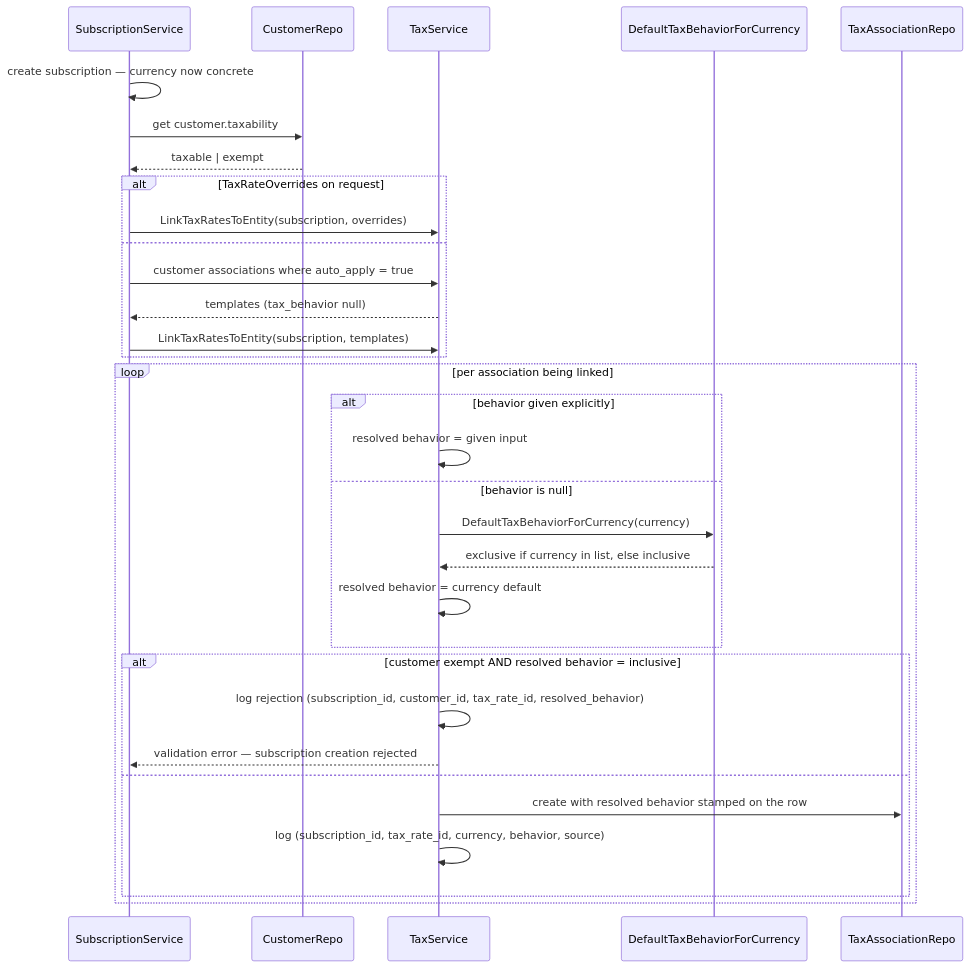
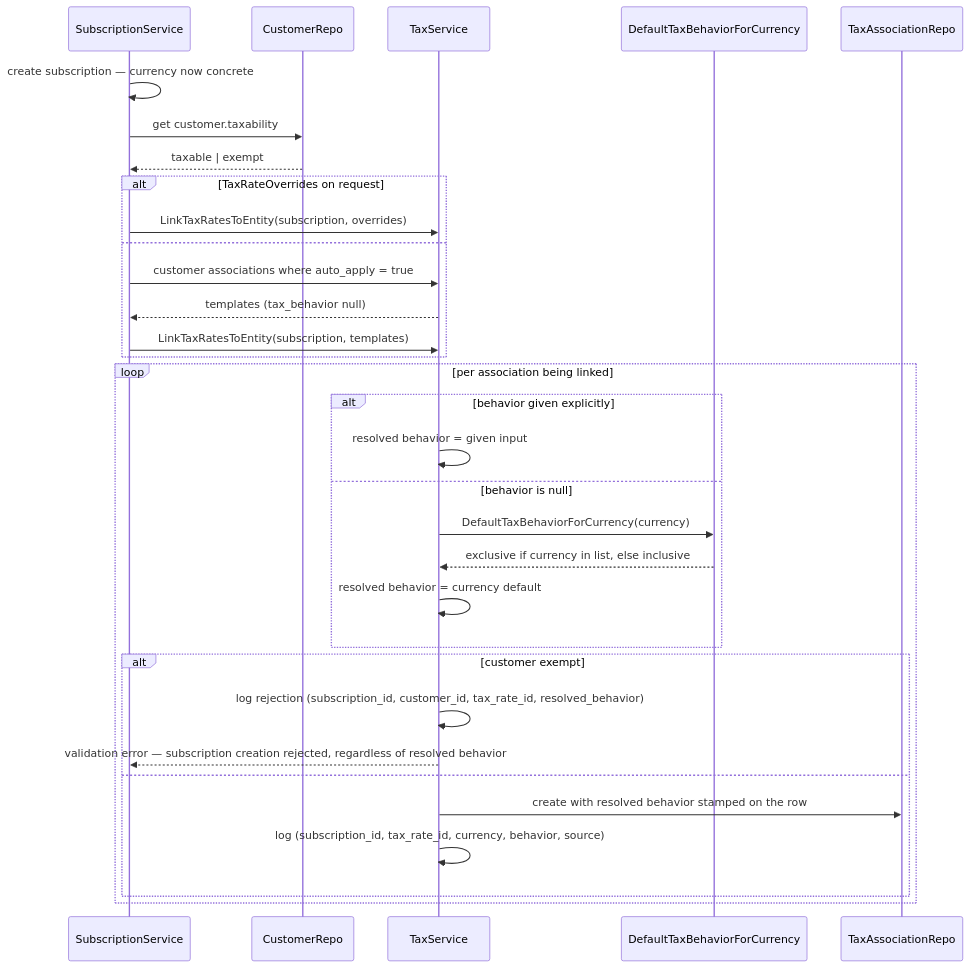
The second of 4 diagrams in docs/design/2026-08-17-FLE-1187-taxation-lineitem-inclusive.md (subratsahilgupta/flexprice), drawn with Mermaid before and after one commit. The commit also changed other lines of this file and 57 other files, not shown here.

````diff
--- a/docs/design/2026-08-17-FLE-1187-taxation-lineitem-inclusive.md
+++ b/docs/design/2026-08-17-FLE-1187-taxation-lineitem-inclusive.md
@@ -262,38 +282,38 @@
 ```mermaid
 sequenceDiagram
     participant SS as SubscriptionService
     participant CR as CustomerRepo
     participant TS as TaxService
     participant TY as DefaultTaxBehaviorForCurrency
     participant DB as TaxAssociationRepo
 
     SS->>SS: create subscription — currency now concrete
     SS->>CR: get customer.taxability
     CR-->>SS: taxable | exempt
 
     alt TaxRateOverrides on request
         SS->>TS: LinkTaxRatesToEntity(subscription, overrides)
     else
         SS->>TS: customer associations where auto_apply = true
         TS-->>SS: templates (tax_behavior null)
         SS->>TS: LinkTaxRatesToEntity(subscription, templates)
     end
 
     loop per association being linked
         alt behavior given explicitly
             TS->>TS: resolved behavior = given input
         else behavior is null
             TS->>TY: DefaultTaxBehaviorForCurrency(currency)
             TY-->>TS: exclusive if currency in list, else inclusive
             TS->>TS: resolved behavior = currency default
         end
 
-        alt customer exempt AND resolved behavior = inclusive
+        alt customer exempt
             TS->>TS: log rejection (subscription_id, customer_id, tax_rate_id, resolved_behavior)
-            TS-->>SS: validation error — subscription creation rejected
+            TS-->>SS: validation error — subscription creation rejected, regardless of resolved behavior
         else
             TS->>DB: create with resolved behavior stamped on the row
             TS->>TS: log (subscription_id, tax_rate_id, currency, behavior, source)
         end
     end
 ```
````
